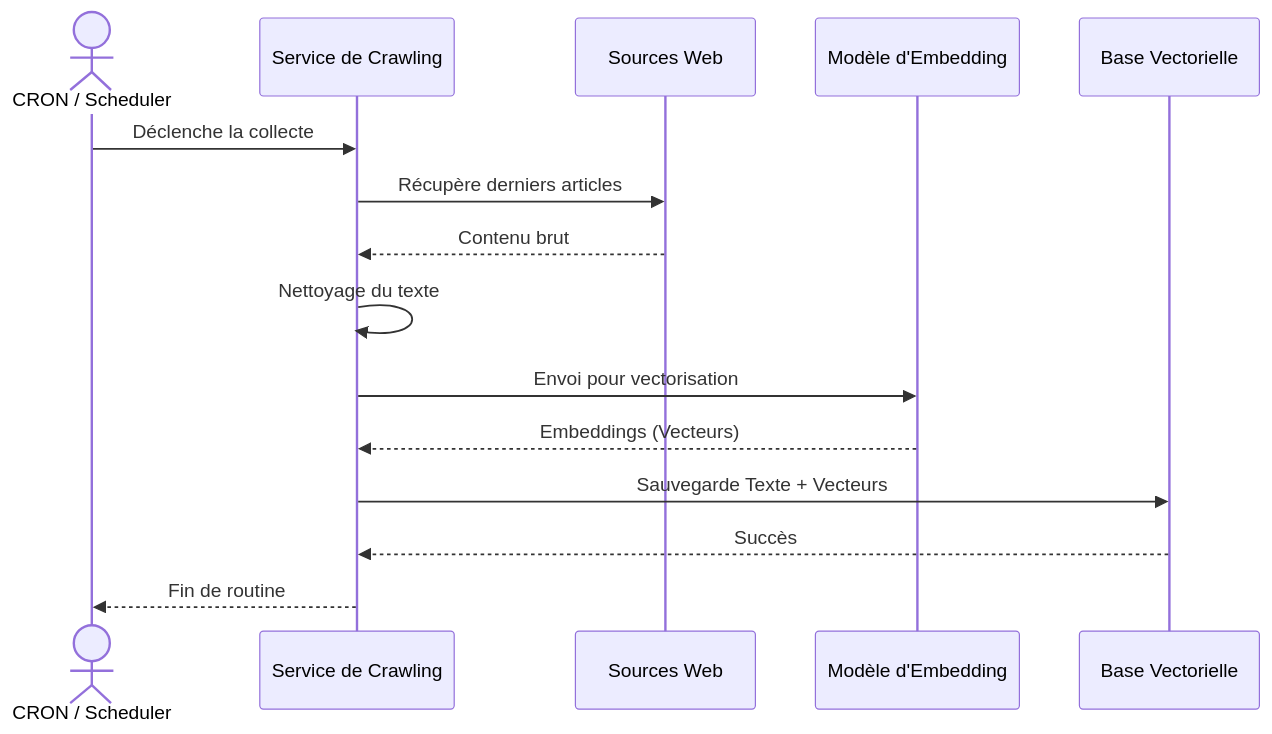
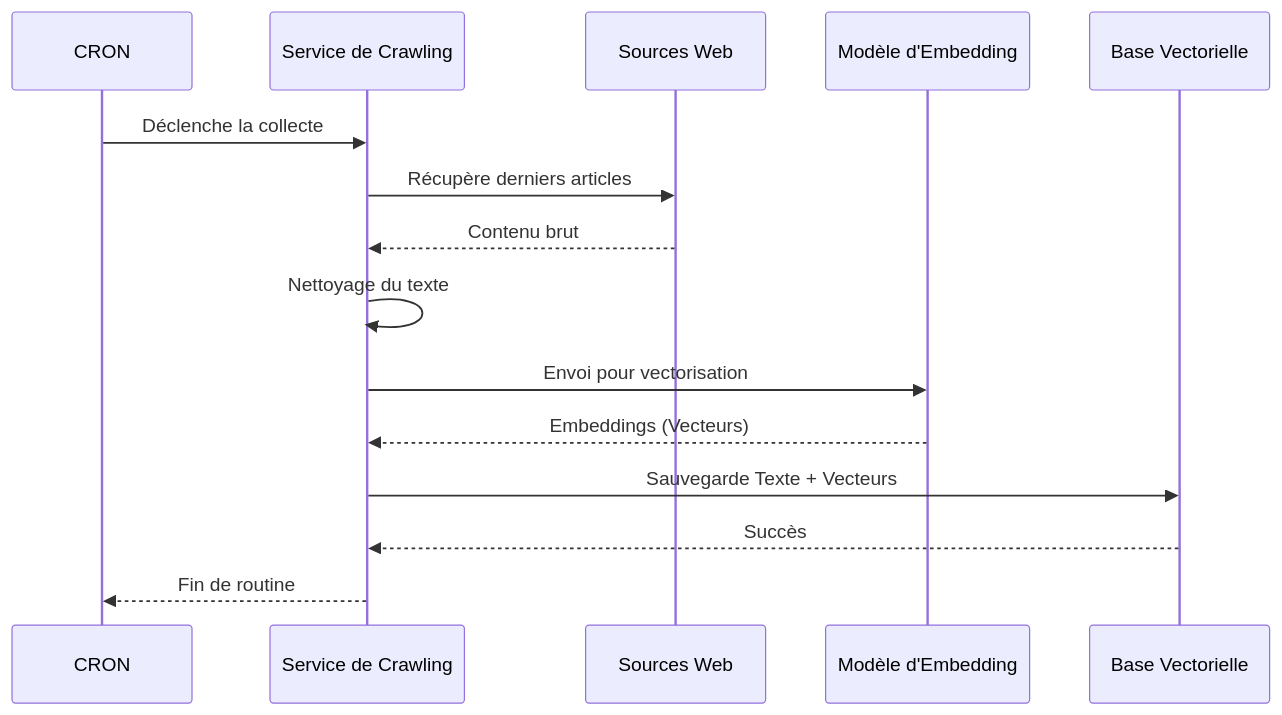
One commit to rooneyi/rdc-news-intelligence changed the seventh of 9 diagrams in ai-service/docs/Chapitre_3_Redaction.md. Above: the diagram before and after it, drawn with Mermaid. The commit also changed other lines of this file and 24 other files, not shown here.

````diff
--- a/ai-service/docs/Chapitre_3_Redaction.md
+++ b/ai-service/docs/Chapitre_3_Redaction.md
@@ -323,18 +280,18 @@
 ```mermaid
 sequenceDiagram
-    actor Admin as CRON / Scheduler
+    participant Admin as CRON
     participant Crawler as Service de Crawling
     participant Web as Sources Web
     participant NLP as Modèle d'Embedding
     participant VectorDB as Base Vectorielle
 
     Admin->>Crawler: Déclenche la collecte
     Crawler->>Web: Récupère derniers articles
     Web-->>Crawler: Contenu brut
     Crawler->>Crawler: Nettoyage du texte
     Crawler->>NLP: Envoi pour vectorisation
     NLP-->>Crawler: Embeddings (Vecteurs)
     Crawler->>VectorDB: Sauvegarde Texte + Vecteurs
     VectorDB-->>Crawler: Succès
     Crawler-->>Admin: Fin de routine
 ```
````
